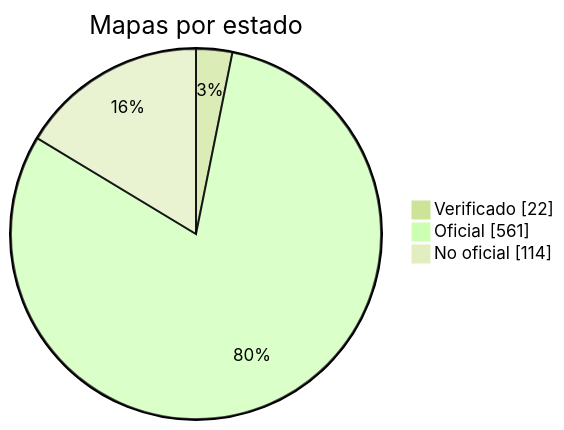
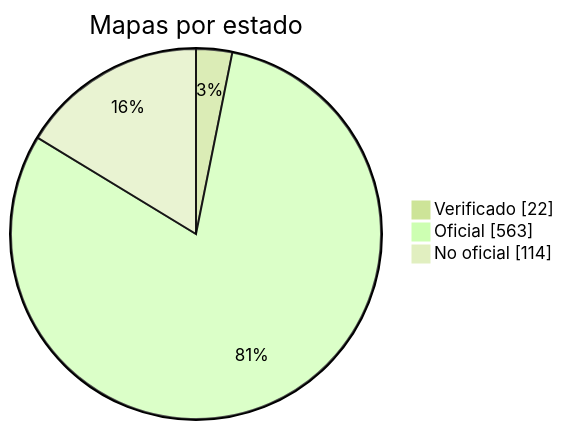
One commit to nobrega8/mbmap-library changed the diagram in docs/readme/README_ES.md. Above: the diagram before and after it, drawn with Mermaid (forest theme). The commit also changed 7 other files, not shown here.

````diff
--- a/docs/readme/README_ES.md
+++ b/docs/readme/README_ES.md
@@ -54,7 +54,7 @@
 ```mermaid
 pie showData
     title Mapas por estado
     "Verificado" : 22
-    "Oficial" : 561
+    "Oficial" : 563
     "No oficial" : 114
 ```
````
